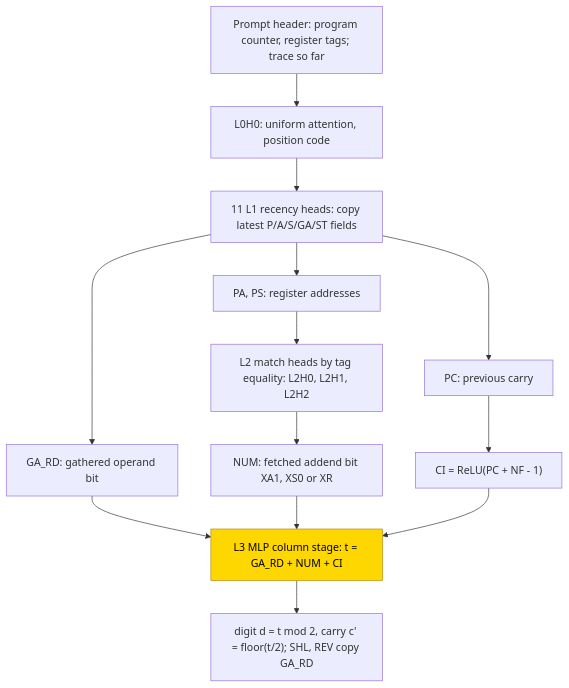
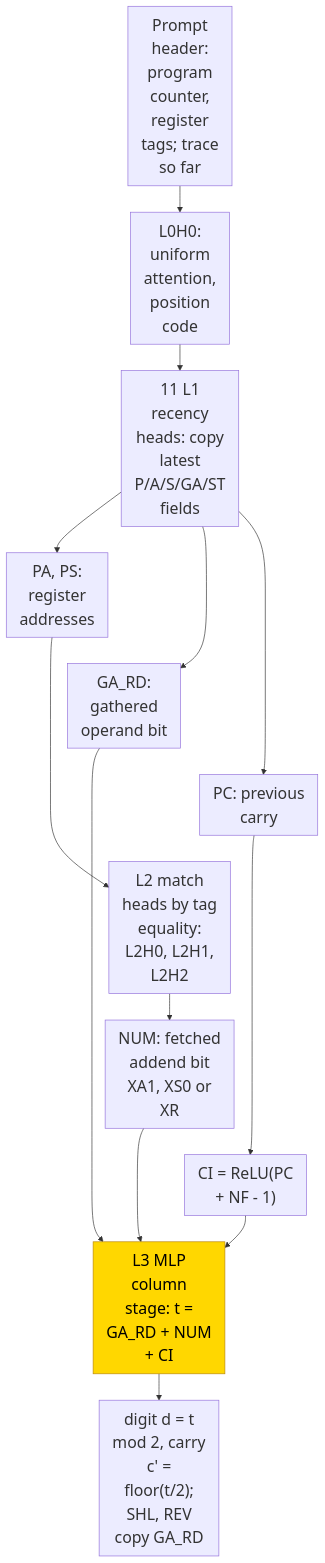
Before and after one commit to jc1122/mechanistic-interpretability-circuit-atlas: the first of 2 diagrams in entries/compose-arithmetic-registers.md, drawn with Mermaid. The commit also changed other lines of this file and 39 other files, not shown here.

````diff
--- a/entries/compose-arithmetic-registers.md
+++ b/entries/compose-arithmetic-registers.md
@@ -97,19 +97,25 @@
 ```mermaid
+%%{init: {"themeVariables": {"fontSize": "24px"}, "flowchart": {"nodeSpacing": 20, "rankSpacing": 40, "padding": 10}}}%%
 flowchart TD
     accTitle: Hand-built tag fetch and arithmetic column stage
     accDescr: Position and recency heads recover register addresses, operand bits and the previous carry. Tag-match heads fetch addends, then the column MLP writes a digit and carry or copies the shifted or reversed operand bit. Only the column MLP is trained in PART. Status is partial because complement coverage is restricted to the named final snapshots.
-    P["Prompt header: program counter, register tags; trace so far"] --> H0["L0H0: uniform attention, position code"]
-    H0 --> R["11 L1 recency heads: copy latest P/A/S/GA/ST fields"]
-    R --> PA["PA, PS: register addresses"]
-    R --> GA["GA_RD: gathered operand bit"]
-    R --> PC["PC: previous carry"]
-    PA --> M2["L2 match heads by tag equality: L2H0, L2H1, L2H2"]
-    M2 --> NUM["NUM: fetched addend bit XA1, XS0 or XR"]
-    GA --> S3["L3 MLP column stage: t = GA_RD + NUM + CI"]
+    P["Prompt<br/>header:<br/>program<br/>counter,<br/>register<br/>tags; trace<br/>so far"] --> H0["L0H0:<br/>uniform<br/>attention,<br/>position<br/>code"]
+    H0 --> R["11 L1<br/>recency<br/>heads: copy<br/>latest<br/>P/A/S/GA/ST<br/>fields"]
+    R --> PA["PA, PS:<br/>register<br/>addresses"]
+    R --> GA["GA_RD:<br/>gathered<br/>operand bit"]
+    R --> PC["PC: previous<br/>carry"]
+    PA --> M2["L2 match<br/>heads by tag<br/>equality:<br/>L2H0, L2H1,<br/>L2H2"]
+    M2 --> NUM["NUM: fetched<br/>addend bit<br/>XA1, XS0 or<br/>XR"]
+    GA --> S3["L3 MLP<br/>column<br/>stage: t =<br/>GA_RD + NUM<br/>+ CI"]
     NUM --> S3
-    PC --> CI["CI = ReLU(PC + NF - 1)"]
+    PC --> CI["CI = ReLU(PC<br/>+ NF - 1)"]
     CI --> S3
-    S3 --> D["digit d = t mod 2, carry c' = floor(t/2); SHL, REV copy GA_RD"]
+    S3 --> D["digit d = t<br/>mod 2, carry<br/>c' =<br/>floor(t/2);<br/>SHL, REV<br/>copy GA_RD"]
     classDef trained fill:gold,stroke:darkgoldenrod,color:black
     class S3 trained
+    %% Invisible links constrain vertical layout only, not computation.
+    PA ~~~ GA
+    GA ~~~ PC
+    PC ~~~ M2
+    NUM ~~~ CI
 ```
````
